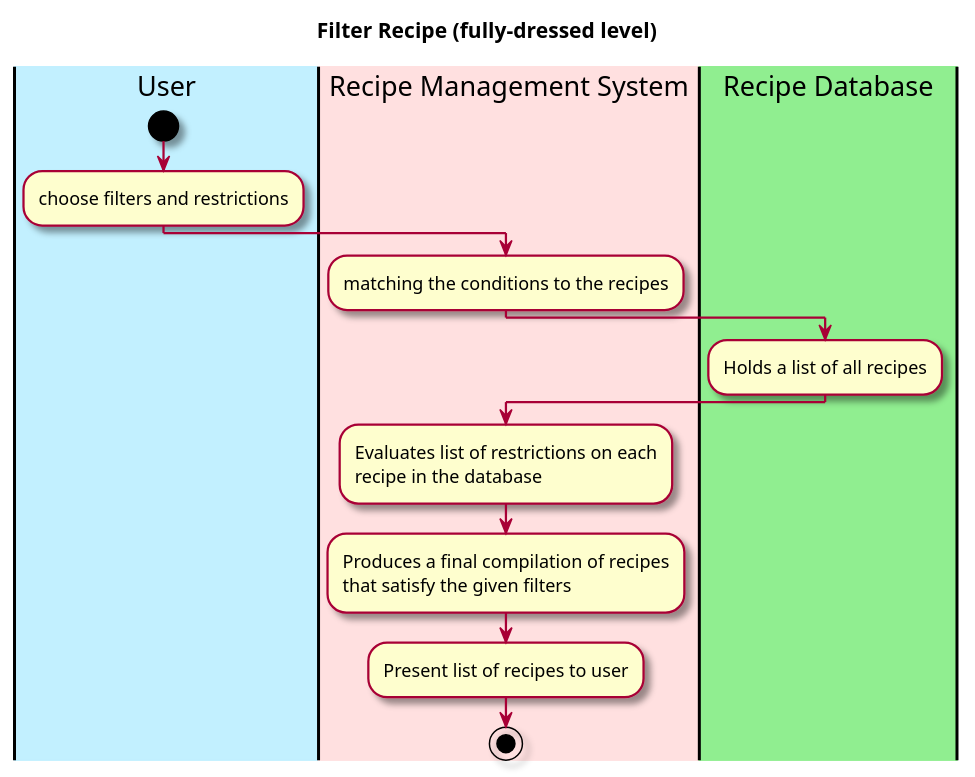
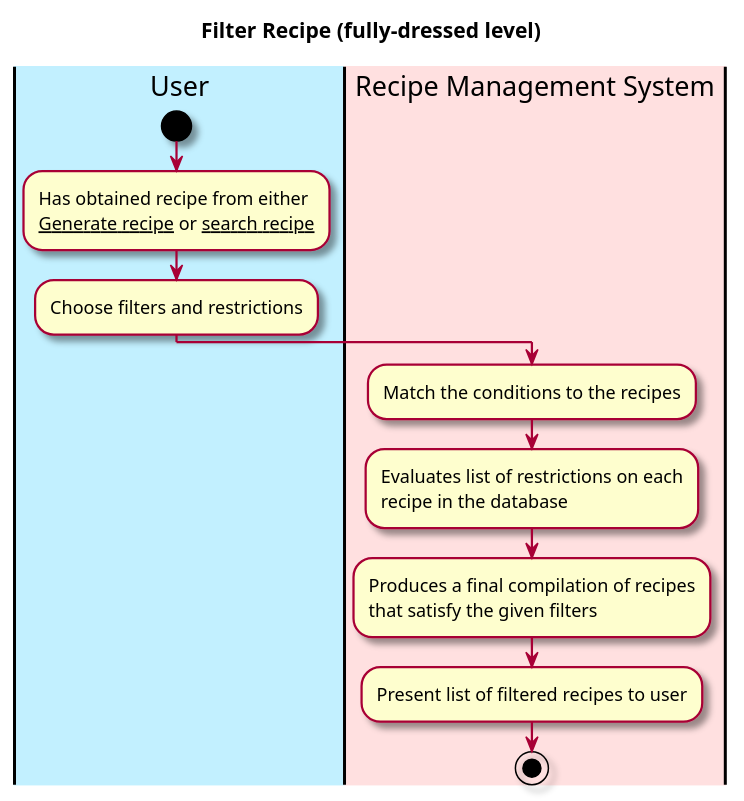
One commit to berthashipper/Pantry-Pal-Android-Application changed the diagram in intellij/doc/use-cases/filter_recipe.md. Above: the diagram before and after it, drawn with PlantUML. The commit also changed other lines of this file and 7 other files, not shown here.

````diff
--- a/intellij/doc/use-cases/filter_recipe.md
+++ b/intellij/doc/use-cases/filter_recipe.md
@@ -30,32 +30,29 @@
 ```plantuml
 @startuml
 
 skin rose
 
 title Filter Recipe (fully-dressed level)
 
 'define the lanes
 |#application|User|
 |#implementation|Recipe Management System|
-|#lightgreen|Recipe Database|
 
 |User|
 start
-:choose filters and restrictions;
+:Has obtained recipe from either
+__Generate recipe__ or __search recipe__;
+:Choose filters and restrictions;
 
 |Recipe Management System|
-:matching the conditions to the recipes;
+:Match the conditions to the recipes;
 
-|Recipe Database|
-:Holds a list of all recipes;
-
-|Recipe Management System|
 :Evaluates list of restrictions on each
 recipe in the database;
 :Produces a final compilation of recipes
 that satisfy the given filters;
-:Present list of recipes to user;
+:Present list of filtered recipes to user;
 stop
 
 @enduml
 ```
````
